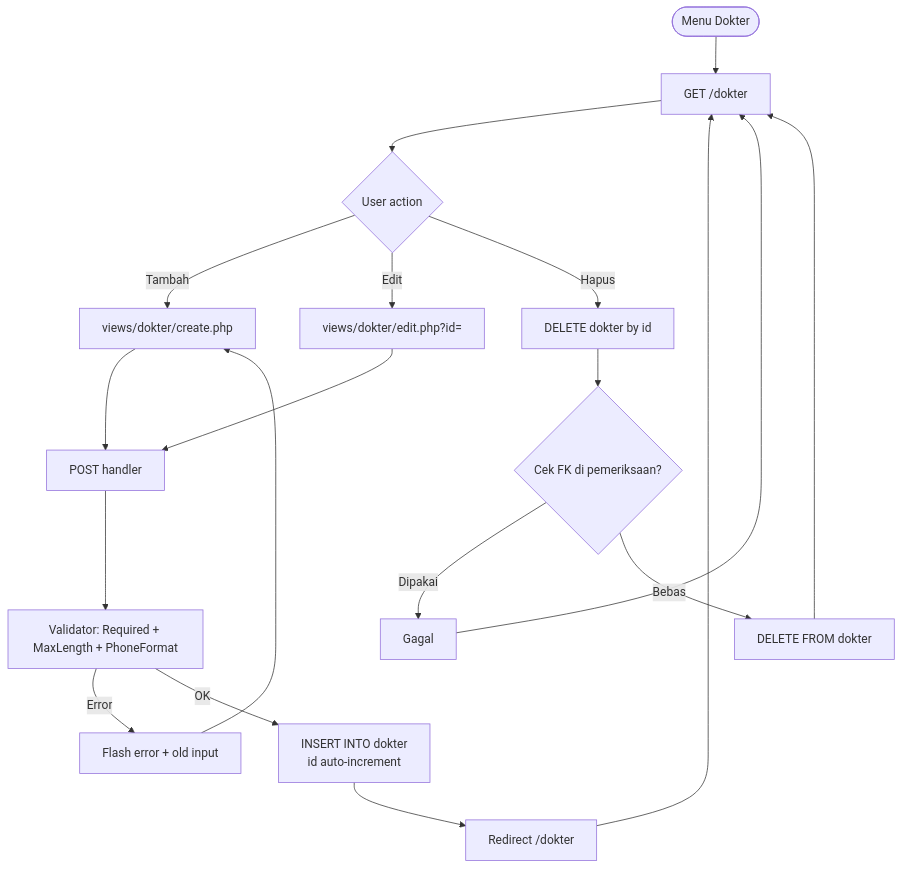
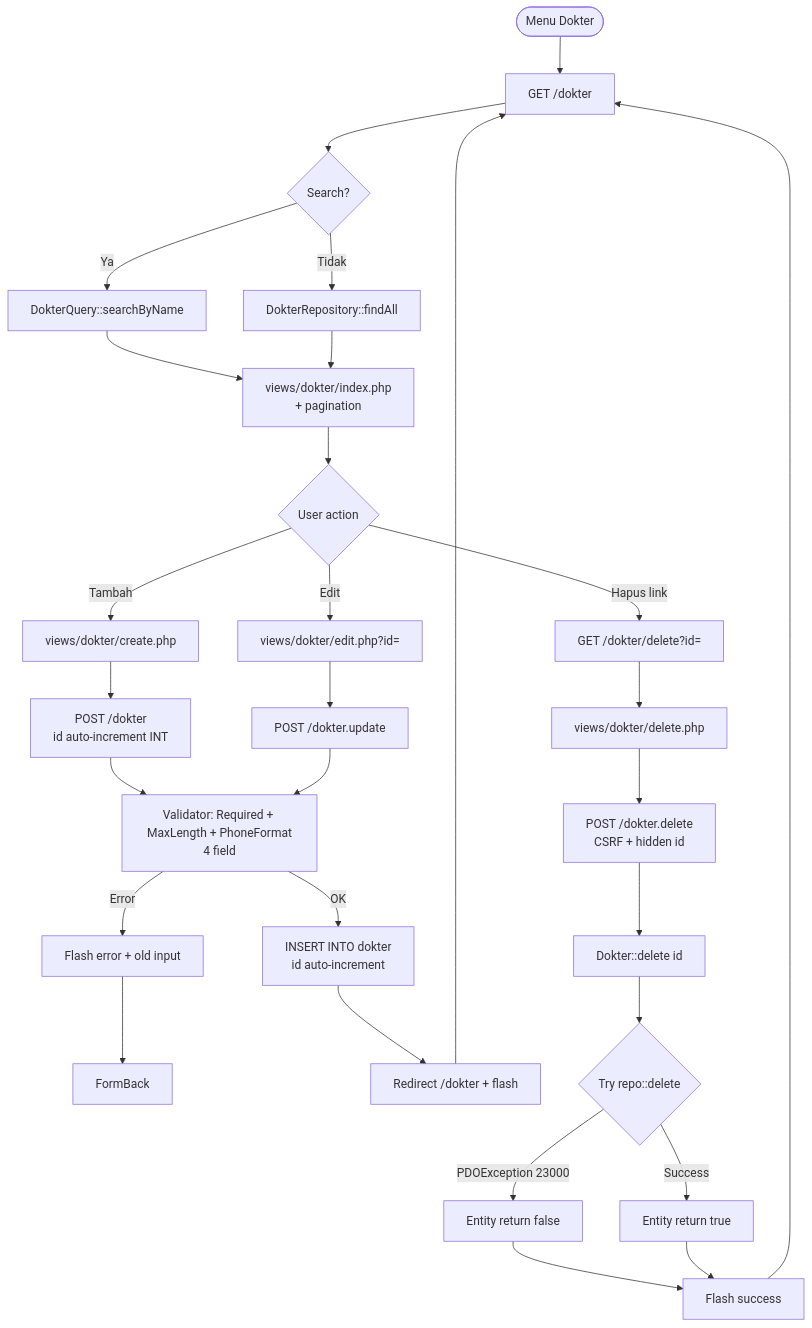
Before and after one commit to TudeOrangBiasa/silk-swarakarna-uas: the fourth of 13 diagrams in docs/business-logic.md, drawn with Mermaid. The commit also changed other lines of this file and 1 other file, not shown here.

First line of the commit message:
docs: full sync architecture + business-logic with codebase

````diff
--- a/docs/business-logic.md
+++ b/docs/business-logic.md
@@ -101,24 +113,32 @@
 ```mermaid
 flowchart TD
     Start([Menu Dokter]) --> List[GET /dokter]
-    List --> Action{User action}
+    List --> Search{Search?}
+    Search -->|Ya| Filter[DokterQuery::searchByName]
+    Search -->|Tidak| All[DokterRepository::findAll]
+    Filter & All --> ListView[views/dokter/index.php<br/>+ pagination]
+    ListView --> Action{User action}
 
     Action -->|Tambah| Form[views/dokter/create.php]
     Action -->|Edit| FormEdit[views/dokter/edit.php?id=]
-    Action -->|Hapus| Del[DELETE dokter by id]
+    Action -->|Hapus link| DelConfirm[GET /dokter/delete?id=]
 
-    Form --> Submit[POST handler]
-    FormEdit --> Submit
-    Submit --> Validate[Validator: Required + MaxLength + PhoneFormat]
+    Form --> Submit[POST /dokter<br/>id auto-increment INT]
+    FormEdit --> SubmitEdit[POST /dokter.update]
+    Submit & SubmitEdit --> Validate[Validator: Required + MaxLength + PhoneFormat<br/>4 field]
     Validate -->|Error| Err[Flash error + old input]
-    Err --> Form
+    Err --> FormBack
     Validate -->|OK| Insert[INSERT INTO dokter<br/>id auto-increment]
-    Insert --> Redirect[Redirect /dokter]
+    Insert --> Redirect[Redirect /dokter + flash]
     Redirect --> List
 
-    Del --> DelCheck{Cek FK di pemeriksaan?}
-    DelCheck -->|Dipakai| DelErr[Gagal]
-    DelCheck -->|Bebas| DelExec[DELETE FROM dokter]
-    DelErr --> List
-    DelExec --> List
+    DelConfirm --> DelView[views/dokter/delete.php]
+    DelView --> DelSubmit[POST /dokter.delete<br/>CSRF + hidden id]
+    DelSubmit --> DelEntity[Dokter::delete id]
+    DelEntity --> DelTry{Try repo::delete}
+    DelTry -->|PDOException 23000| DelFK[Entity return false]
+    DelTry -->|Success| DelOK[Entity return true]
+    DelFK --> Flash[Flash success]
+    DelOK --> Flash
+    Flash --> List
 ```
````
